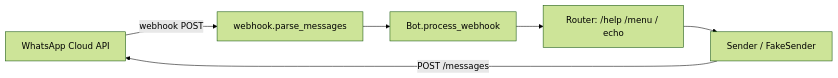
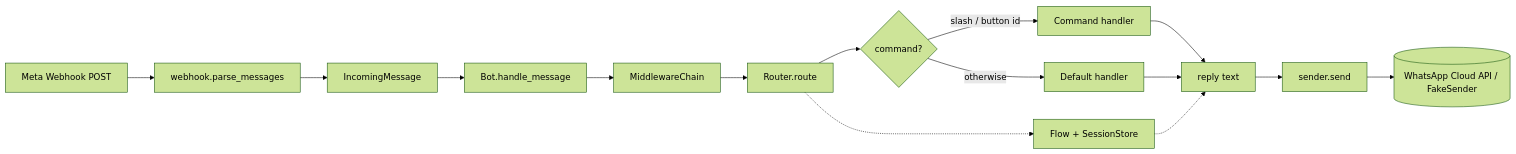
The diagram in README.md (Viprasol-Tech/whatsapp-bot), drawn with Mermaid (forest theme) before and after one commit. The commit also changed other lines of this file and 21 other files, not shown here.

````diff
--- a/README.md
+++ b/README.md
@@ -70,8 +138,17 @@
 ```mermaid
 flowchart LR
-    META[WhatsApp Cloud API] -->|webhook POST| WH[webhook.parse_messages]
-    WH --> BOT[Bot.process_webhook]
-    BOT --> RT[Router: /help /menu / echo]
-    RT --> SND[Sender / FakeSender]
-    SND -->|POST /messages| META
+    A[Meta Webhook POST] --> B[webhook.parse_messages]
+    B --> C[IncomingMessage]
+    C --> D[Bot.handle_message]
+    D --> E[MiddlewareChain]
+    E --> F[Router.route]
+    F --> G{command?}
+    G -- slash / button id --> H[Command handler]
+    G -- otherwise --> I[Default handler]
+    H --> J[reply text]
+    I --> J
+    J --> K[sender.send]
+    K --> L[(WhatsApp Cloud API / FakeSender)]
+    F -.-> M[Flow + SessionStore]
+    M -.-> J
 ```
````
